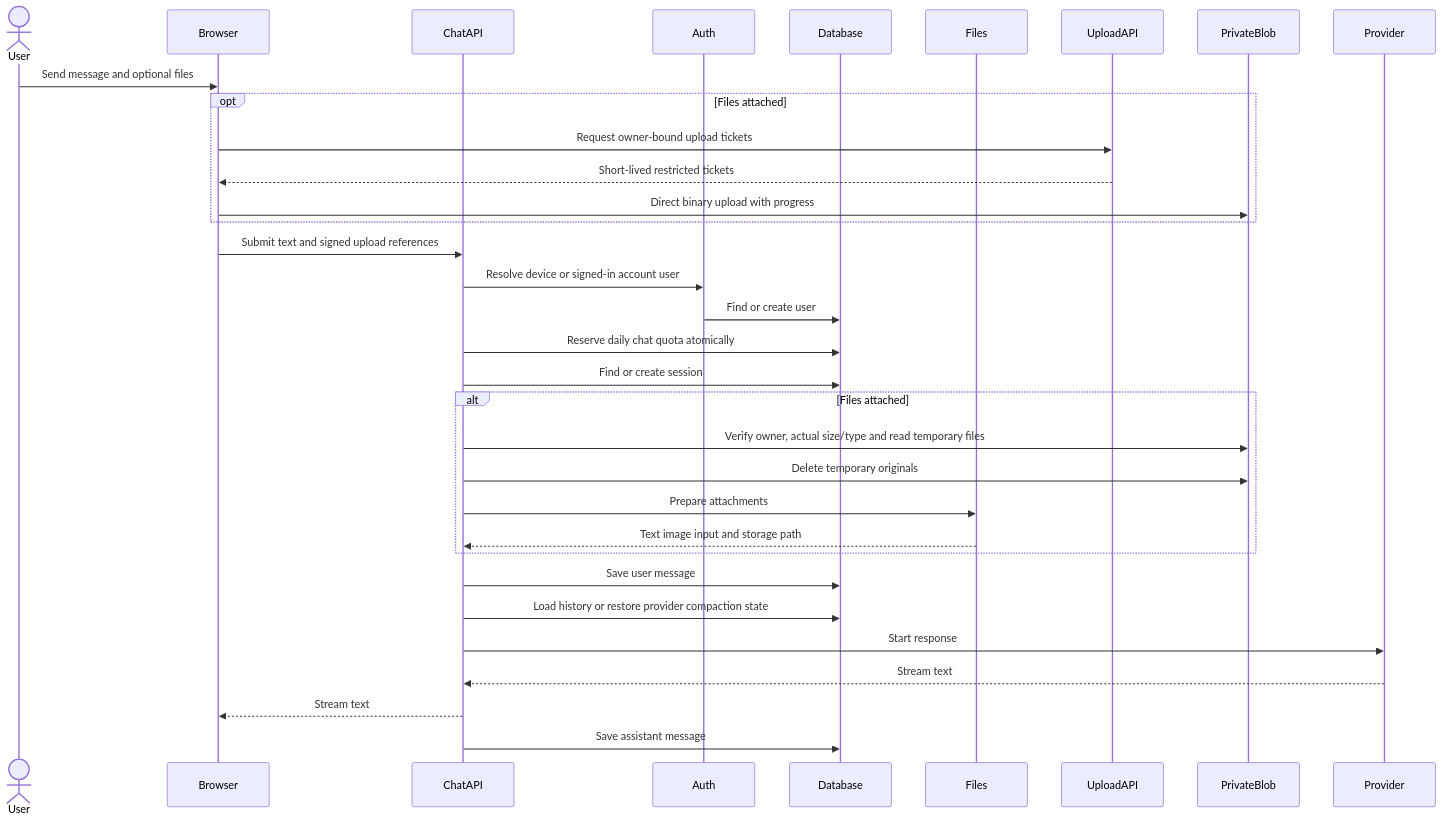
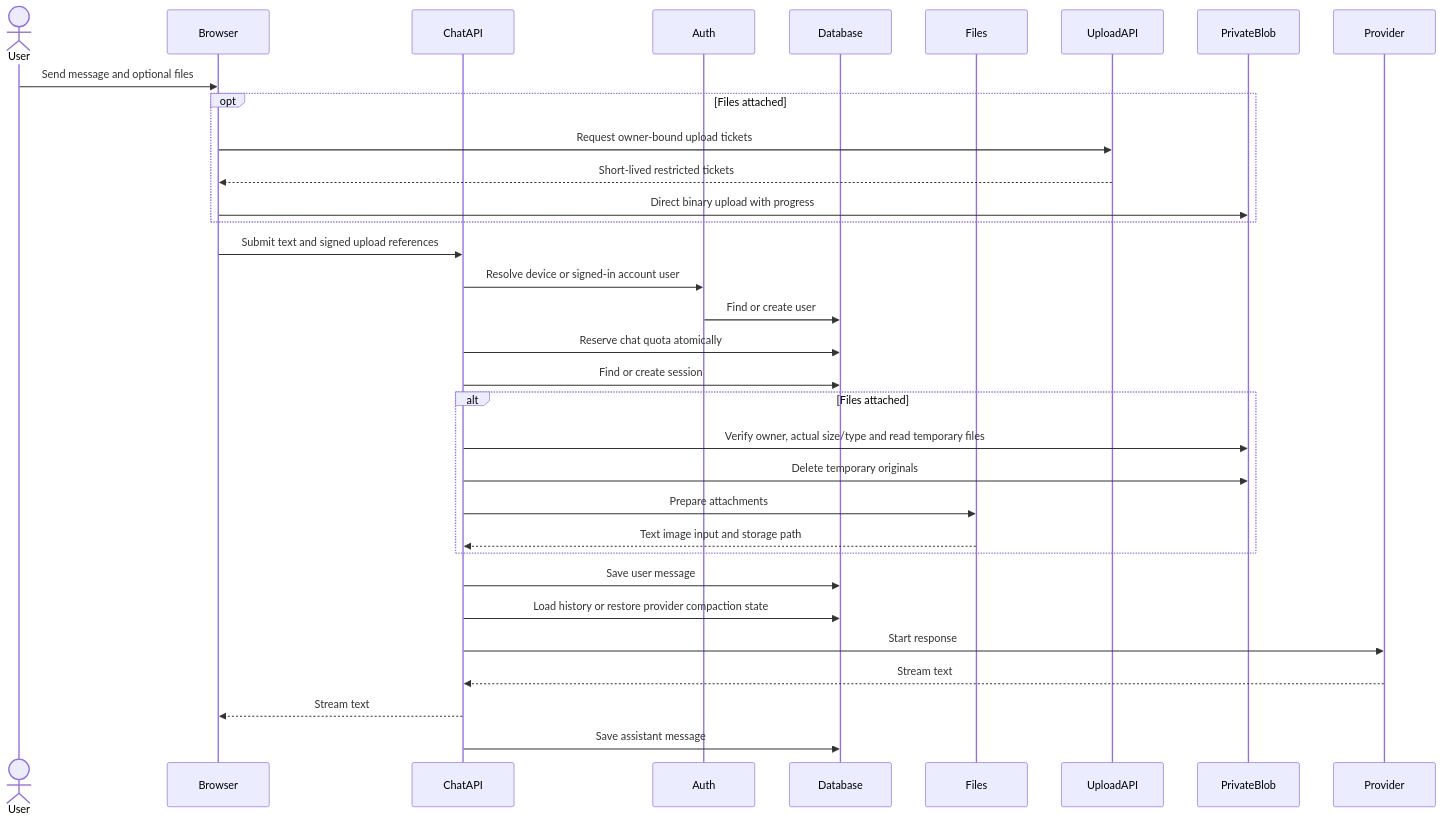
Before and after one commit to kakumine2001/NoteFable: the first of 2 diagrams in docs/architecture/chat-flow.md, drawn with Mermaid. The commit also changed other lines of this file and 18 other files, not shown here.

````diff
--- a/docs/architecture/chat-flow.md
+++ b/docs/architecture/chat-flow.md
@@ -9,38 +9,38 @@
 ```mermaid
 sequenceDiagram
     actor User
     participant Browser
     participant ChatAPI
     participant Auth
     participant Database
     participant Files
     participant UploadAPI
     participant PrivateBlob
     participant Provider
 
     User->>Browser: Send message and optional files
     opt Files attached
         Browser->>UploadAPI: Request owner-bound upload tickets
         UploadAPI-->>Browser: Short-lived restricted tickets
         Browser->>PrivateBlob: Direct binary upload with progress
     end
     Browser->>ChatAPI: Submit text and signed upload references
     ChatAPI->>Auth: Resolve device or signed-in account user
     Auth->>Database: Find or create user
-    ChatAPI->>Database: Reserve daily chat quota atomically
+    ChatAPI->>Database: Reserve chat quota atomically
     ChatAPI->>Database: Find or create session
 
     alt Files attached
         ChatAPI->>PrivateBlob: Verify owner, actual size/type and read temporary files
         ChatAPI->>PrivateBlob: Delete temporary originals
         ChatAPI->>Files: Prepare attachments
         Files-->>ChatAPI: Text image input and storage path
     end
 
     ChatAPI->>Database: Save user message
     ChatAPI->>Database: Load history or restore provider compaction state
     ChatAPI->>Provider: Start response
     Provider-->>ChatAPI: Stream text
     ChatAPI-->>Browser: Stream text
     ChatAPI->>Database: Save assistant message
 ```
````
